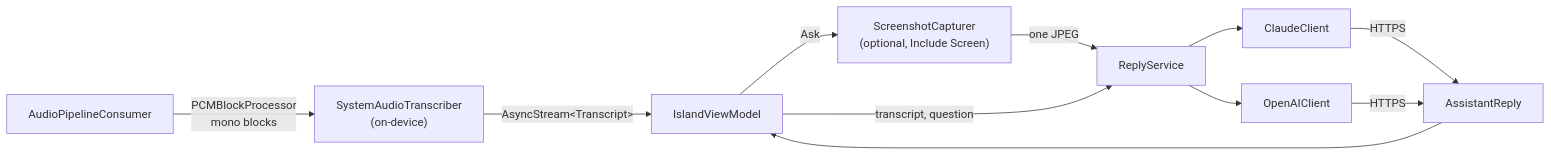
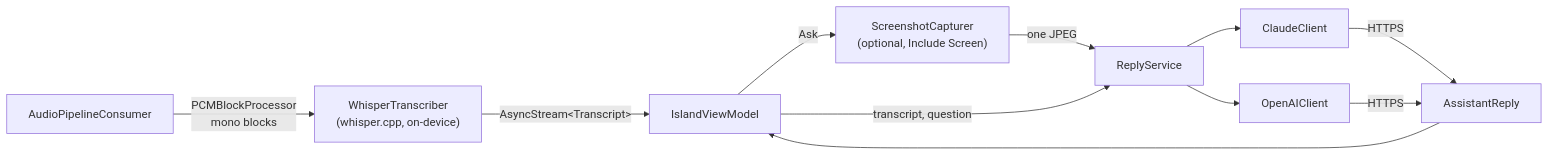
One commit to mustafa-hidiroglu/NotchPilot changed the second of 3 diagrams in README.md. Above: the diagram before and after it, drawn with Mermaid. The commit also changed other lines of this file and 40 other files, not shown here.

First line of the commit message:
Add whisper.cpp transcription, streaming replies and a global Ask shortcut

````diff
--- a/README.md
+++ b/README.md
@@ -127,13 +154,13 @@
 ```mermaid
 flowchart LR
-    CONS["AudioPipelineConsumer"] -->|"PCMBlockProcessor<br/>mono blocks"| STT["SystemAudioTranscriber<br/>(on-device)"]
+    CONS["AudioPipelineConsumer"] -->|"PCMBlockProcessor<br/>mono blocks"| STT["WhisperTranscriber<br/>(whisper.cpp, on-device)"]
     STT -->|"AsyncStream&lt;Transcript&gt;"| VM["IslandViewModel"]
     VM -->|"Ask"| SHOT["ScreenshotCapturer<br/>(optional, Include Screen)"]
     SHOT -->|"one JPEG"| RS["ReplyService"]
     VM -->|"transcript, question"| RS
     RS --> CL["ClaudeClient"]
     RS --> OA["OpenAIClient"]
     CL -->|"HTTPS"| REPLY["AssistantReply"]
     OA -->|"HTTPS"| REPLY
     REPLY --> VM
 ```
````
